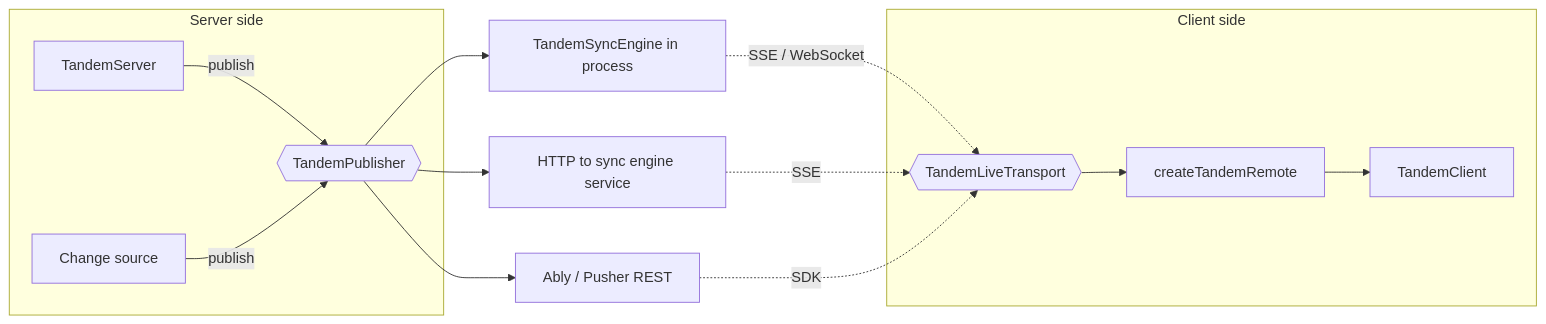
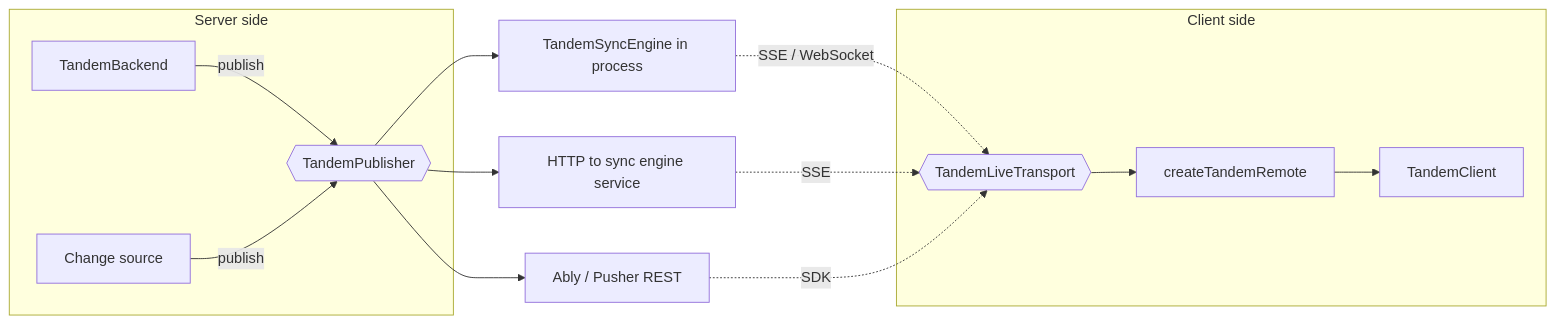
The diagram in .diffmap/specs/tandem-sync-engine-refactor/03-library-api.md (tanishqkancharla/tandem), drawn with Mermaid before and after one commit. The commit also changed other lines of this file and 9 other files, not shown here.

Commit message:
Spec: name the stateless piece TandemBackend, make TandemServer the bundle, plan per-room Durable Objects

````diff
--- a/.diffmap/specs/tandem-sync-engine-refactor/03-library-api.md
+++ b/.diffmap/specs/tandem-sync-engine-refactor/03-library-api.md
@@ -12,19 +12,19 @@
 ```mermaid [The seams]
 flowchart LR
     subgraph Server side
-      S[TandemServer] -->|publish| P{{TandemPublisher}}
+      S[TandemBackend] -->|publish| P{{TandemPublisher}}
       CF[Change source] -->|publish| P
     end
     P --> E1[TandemSyncEngine in process]
     P --> E2[HTTP to sync engine service]
     P --> E3[Ably / Pusher REST]
     subgraph Client side
       L{{TandemLiveTransport}} --> R[createTandemRemote]
       R --> T[TandemClient]
     end
     E1 -.->|SSE / WebSocket| L
     E2 -.->|SSE| L
     E3 -.->|SDK| L
     %% ref node:S [[packages/server/src/TandemServer.ts#TandemServer]]
     %% ref node:T [[packages/core/src/TandemClient.ts#TandemClient]]
 ```
````
